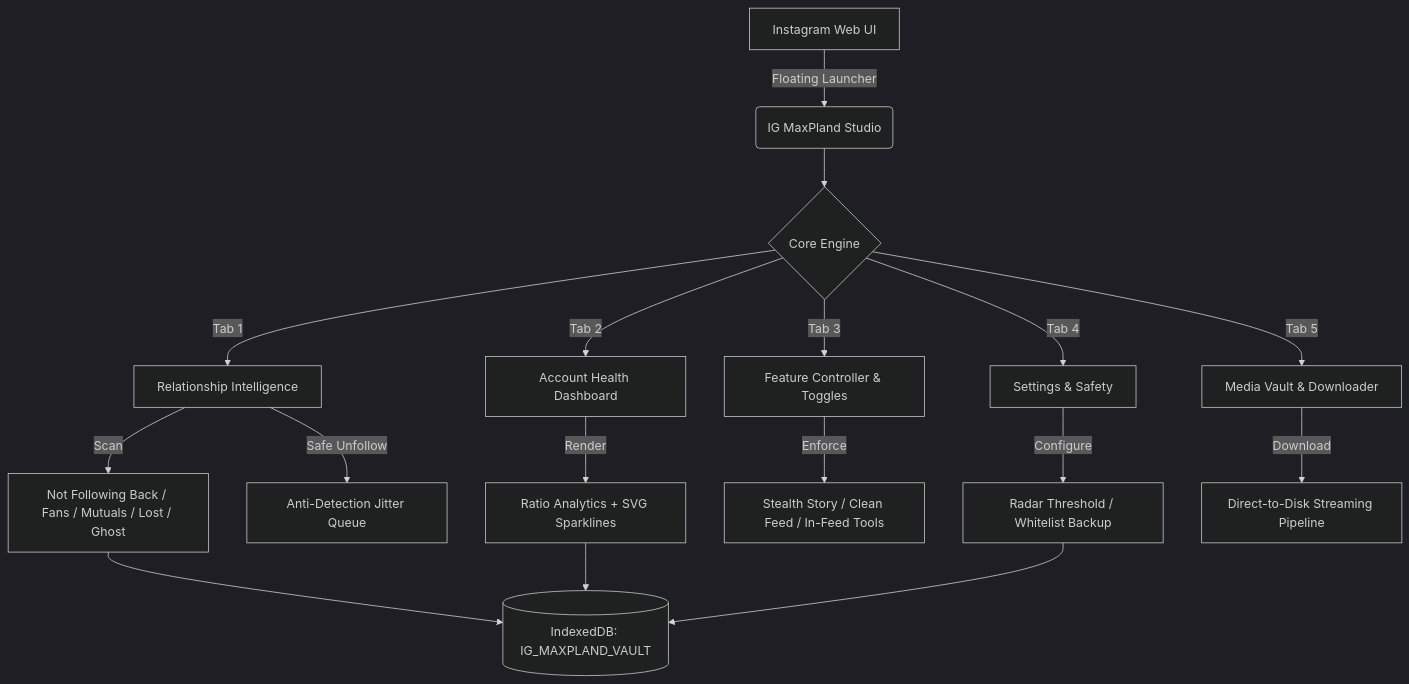
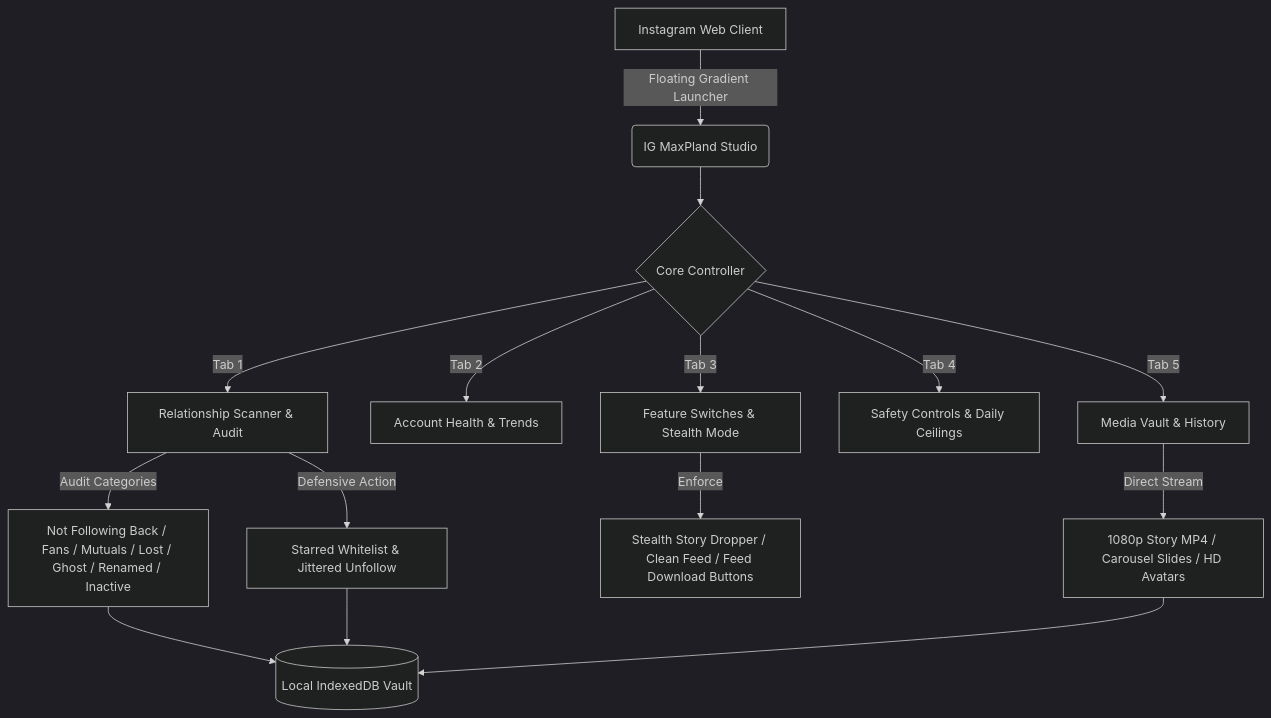
One commit to Stxyu-p/ig-maxpland changed the diagram in README.md. Above: the diagram before and after it, drawn with Mermaid (dark theme). The commit also changed other lines of this file and 11 other files, not shown here.

````diff
--- a/README.md
+++ b/README.md
@@ -72,19 +71,17 @@
 ```mermaid
 graph TD
-    A[Instagram Web UI] -->|Floating Launcher| B(IG MaxPland Studio)
-    B --> C{Core Engine}
-    C -->|Tab 1| D[Relationship Intelligence]
-    C -->|Tab 2| E[Account Health Dashboard]
-    C -->|Tab 3| F[Feature Controller & Toggles]
-    C -->|Tab 4| G[Settings & Safety]
-    C -->|Tab 5| H[Media Vault & Downloader]
+    A[Instagram Web Client] -->|Floating Gradient Launcher| B(IG MaxPland Studio)
+    B --> C{Core Controller}
+    C -->|Tab 1| D[Relationship Scanner & Audit]
+    C -->|Tab 2| E[Account Health & Trends]
+    C -->|Tab 3| F[Feature Switches & Stealth Mode]
+    C -->|Tab 4| G[Safety Controls & Daily Ceilings]
+    C -->|Tab 5| H[Media Vault & History]
 
-    D -->|Scan| I[Not Following Back / Fans / Mutuals / Lost / Ghost]
-    D -->|Safe Unfollow| J[Anti-Detection Jitter Queue]
-    E -->|Render| K[Ratio Analytics + SVG Sparklines]
-    F -->|Enforce| L[Stealth Story / Clean Feed / In-Feed Tools]
-    G -->|Configure| M[Radar Threshold / Whitelist Backup]
-    H -->|Download| N[Direct-to-Disk Streaming Pipeline]
+    D -->|Audit Categories| I[Not Following Back / Fans / Mutuals / Lost / Ghost / Renamed / Inactive]
+    D -->|Defensive Action| J[Starred Whitelist & Jittered Unfollow]
+    F -->|Enforce| K[Stealth Story Dropper / Clean Feed / Feed Download Buttons]
+    H -->|Direct Stream| L[1080p Story MP4 / Carousel Slides / HD Avatars]
 
-    I & K & M --> O[(IndexedDB: IG_MAXPLAND_VAULT)]
+    I & J & L --> M[(Local IndexedDB Vault)]
 ```
````
